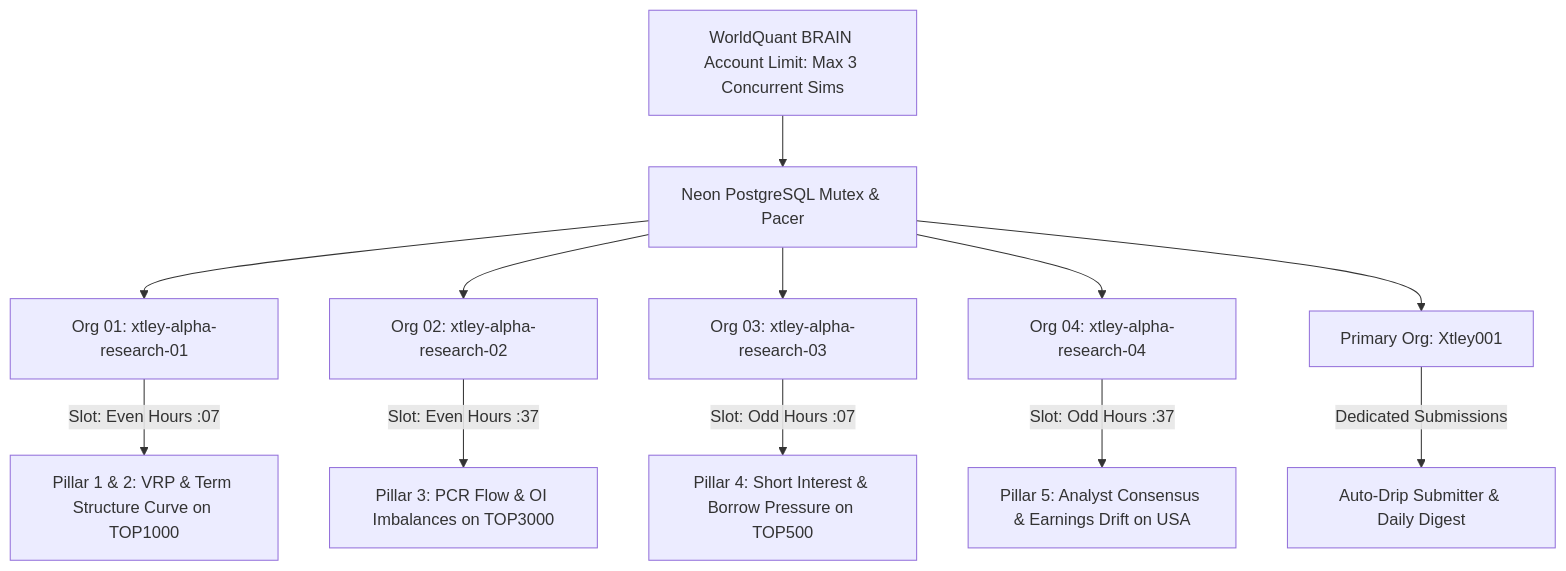
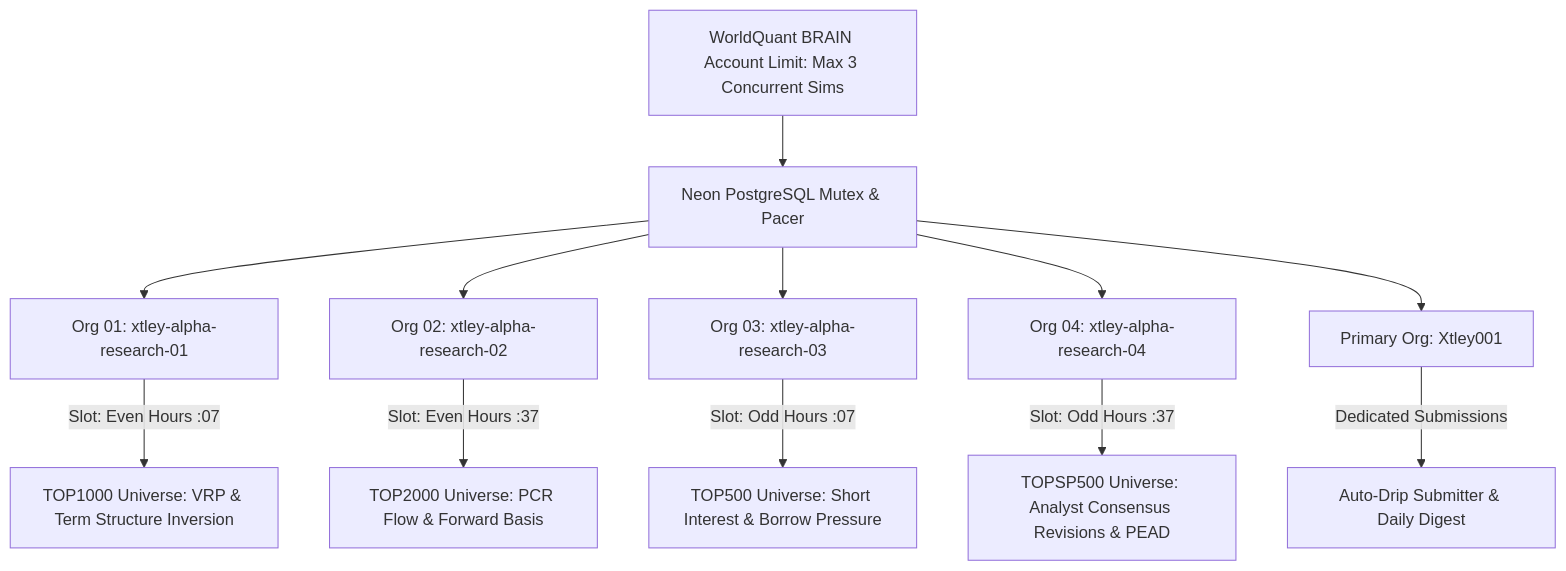
Before and after one commit to Xtley001/brain-alpha-pipeline: the diagram in docs/MASTER_SCALE_ROADMAP_500_ALPHAS.md, drawn with Mermaid. The commit also changed other lines of this file and 1 other file, not shown here.

Commit message:
feat(multiverse): implement 6 BRAIN universes and multi-pillar specializations for 500 alpha scale

````diff
--- a/docs/MASTER_SCALE_ROADMAP_500_ALPHAS.md
+++ b/docs/MASTER_SCALE_ROADMAP_500_ALPHAS.md
@@ -116,16 +119,16 @@
 ```mermaid
 graph TD
     A[WorldQuant BRAIN Account Limit: Max 3 Concurrent Sims] --> B[Neon PostgreSQL Mutex & Pacer]
     
     B --> C[Org 01: xtley-alpha-research-01]
     B --> D[Org 02: xtley-alpha-research-02]
     B --> E[Org 03: xtley-alpha-research-03]
     B --> F[Org 04: xtley-alpha-research-04]
     B --> G[Primary Org: Xtley001]
     
-    C -->|Slot: Even Hours :07| H[Pillar 1 & 2: VRP & Term Structure Curve on TOP1000]
-    D -->|Slot: Even Hours :37| I[Pillar 3: PCR Flow & OI Imbalances on TOP3000]
-    E -->|Slot: Odd Hours :07| J[Pillar 4: Short Interest & Borrow Pressure on TOP500]
-    F -->|Slot: Odd Hours :37| K[Pillar 5: Analyst Consensus & Earnings Drift on USA]
+    C -->|Slot: Even Hours :07| H[TOP1000 Universe: VRP & Term Structure Inversion]
+    D -->|Slot: Even Hours :37| I[TOP2000 Universe: PCR Flow & Forward Basis]
+    E -->|Slot: Odd Hours :07| J[TOP500 Universe: Short Interest & Borrow Pressure]
+    F -->|Slot: Odd Hours :37| K[TOPSP500 Universe: Analyst Consensus Revisions & PEAD]
     G -->|Dedicated Submissions| L[Auto-Drip Submitter & Daily Digest]
 ```
````
